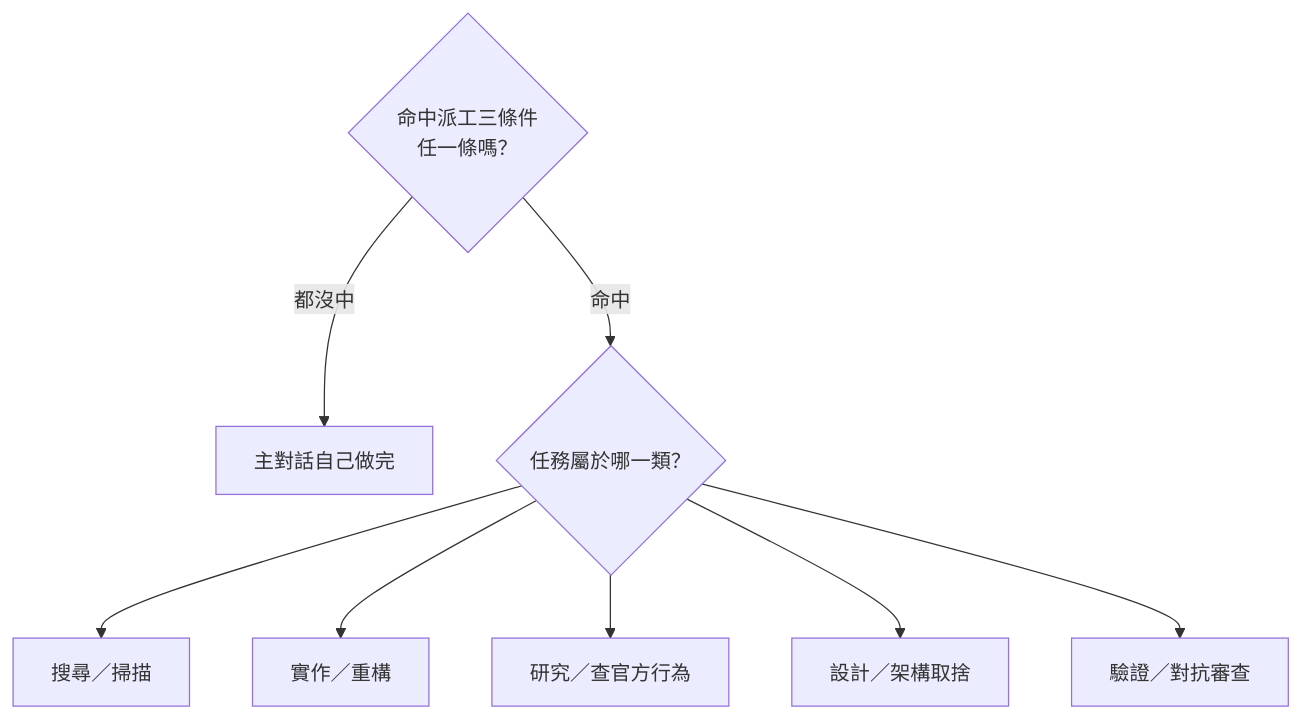
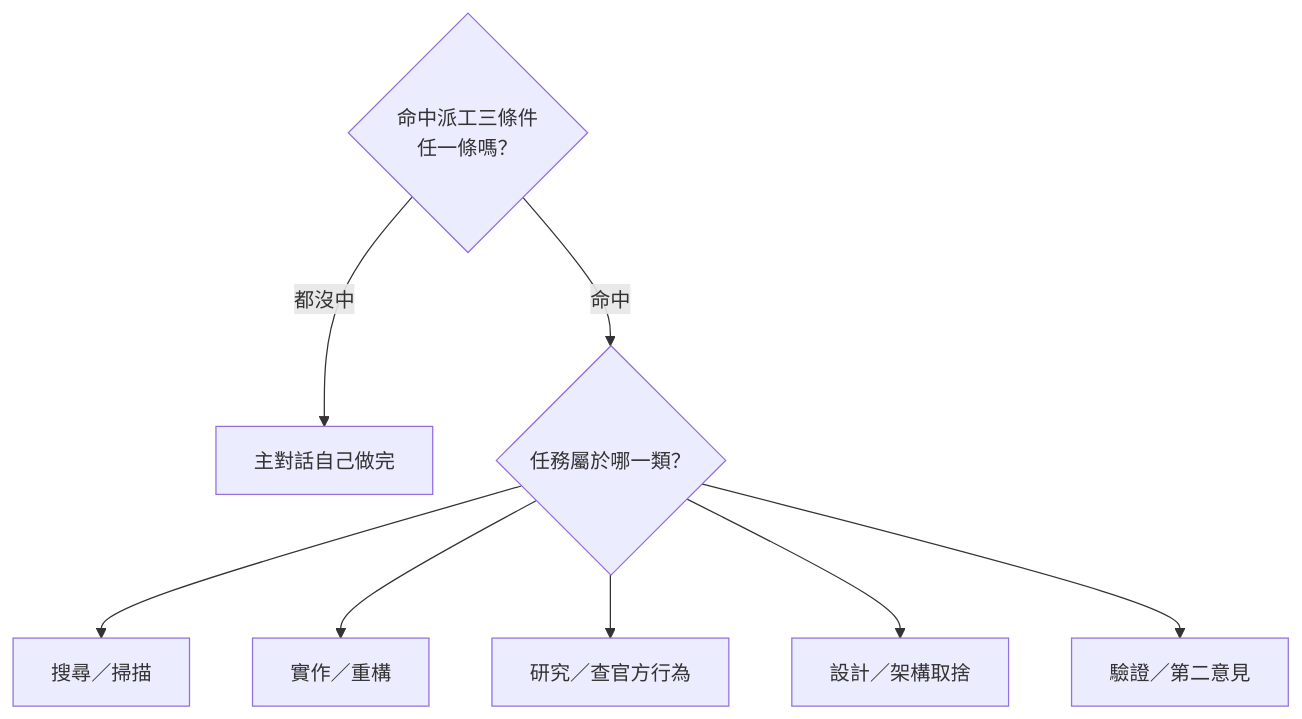
The second of 3 diagrams in README.md (curtischoutw/claude-institution), drawn with Mermaid before and after one commit. The commit also changed other lines of this file and 7 other files, not shown here.

````diff
--- a/README.md
+++ b/README.md
@@ -99,11 +103,11 @@
 ```mermaid
 flowchart TD
     Q{"命中派工三條件<br/>任一條嗎？"}
     Q -->|"都沒中"| SELF["主對話自己做完"]
     Q -->|"命中"| T{"任務屬於哪一類？"}
     T --> S["搜尋／掃描"]
     T --> I["實作／重構"]
     T --> R["研究／查官方行為"]
     T --> A2["設計／架構取捨"]
-    T --> V["驗證／對抗審查"]
+    T --> V["驗證／第二意見"]
 ```
````
